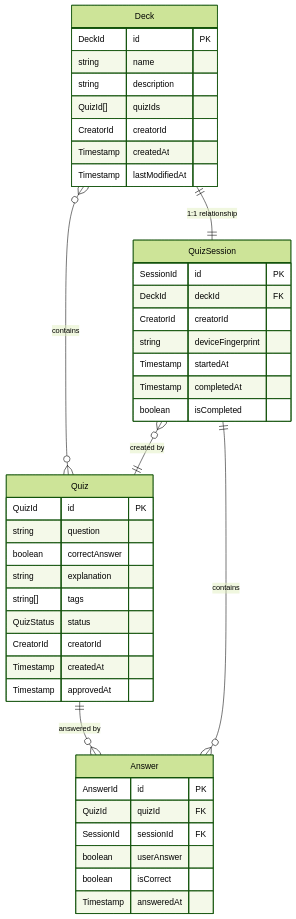
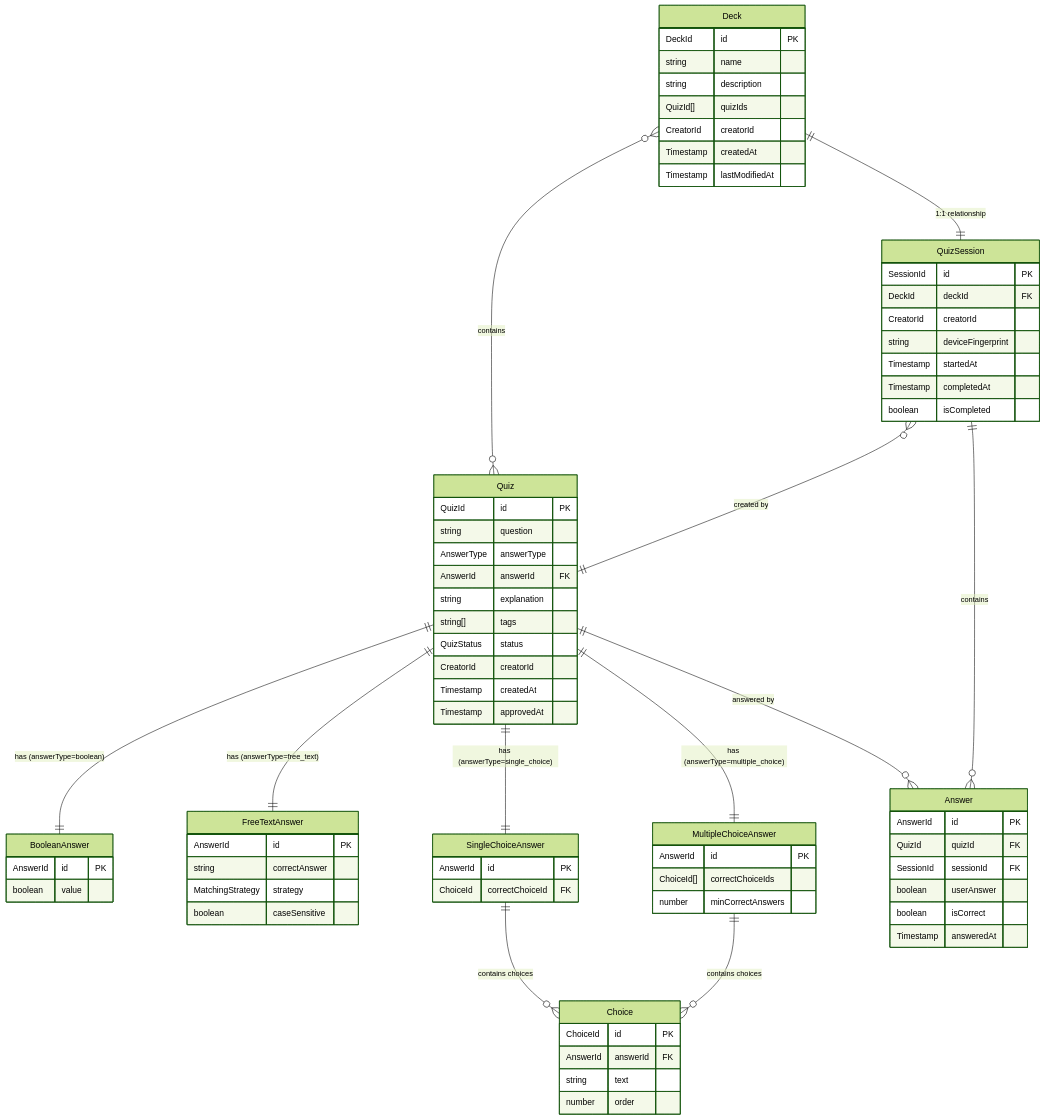
Before and after one commit to tanacchi/your-quiz: the diagram in docs/project/ddd-design/2.06_entity-relationship-analysis/entity-relationship-analysis.md, drawn with Mermaid (forest theme). The commit also changed other lines of this file and 3 other files, not shown here.

Commit message:
Update ER

```diff
--- a/docs/project/ddd-design/2.06_entity-relationship-analysis/entity-relationship-analysis.md
+++ b/docs/project/ddd-design/2.06_entity-relationship-analysis/entity-relationship-analysis.md
@@ -15,13 +15,44 @@
     Quiz {
         QuizId id PK
         string question
-        boolean correctAnswer
+        AnswerType answerType
+        AnswerId answerId FK
         string explanation
         string[] tags
         QuizStatus status
         CreatorId creatorId
         Timestamp createdAt
         Timestamp approvedAt
+    }
+
+    BooleanAnswer {
+        AnswerId id PK
+        boolean value
+    }
+
+    FreeTextAnswer {
+        AnswerId id PK
+        string correctAnswer
+        MatchingStrategy strategy
+        boolean caseSensitive
+    }
+
+    SingleChoiceAnswer {
+        AnswerId id PK
+        ChoiceId correctChoiceId FK
+    }
+
+    MultipleChoiceAnswer {
+        AnswerId id PK
+        ChoiceId[] correctChoiceIds
+        number minCorrectAnswers
+    }
+
+    Choice {
+        ChoiceId id PK
+        AnswerId answerId FK
+        string text
+        number order
     }
 
     Deck {
@@ -53,6 +84,12 @@
         Timestamp answeredAt
     }
 
+    Quiz ||--|| BooleanAnswer : "has (answerType=boolean)"
+    Quiz ||--|| FreeTextAnswer : "has (answerType=free_text)"
+    Quiz ||--|| SingleChoiceAnswer : "has (answerType=single_choice)"
+    Quiz ||--|| MultipleChoiceAnswer : "has (answerType=multiple_choice)"
+    SingleChoiceAnswer ||--o{ Choice : "contains choices"
+    MultipleChoiceAnswer ||--o{ Choice : "contains choices"
     Quiz ||--o{ Answer : "answered by"
     Deck ||--|| QuizSession : "1:1 relationship"
     Deck }o--o{ Quiz : "contains"
```
